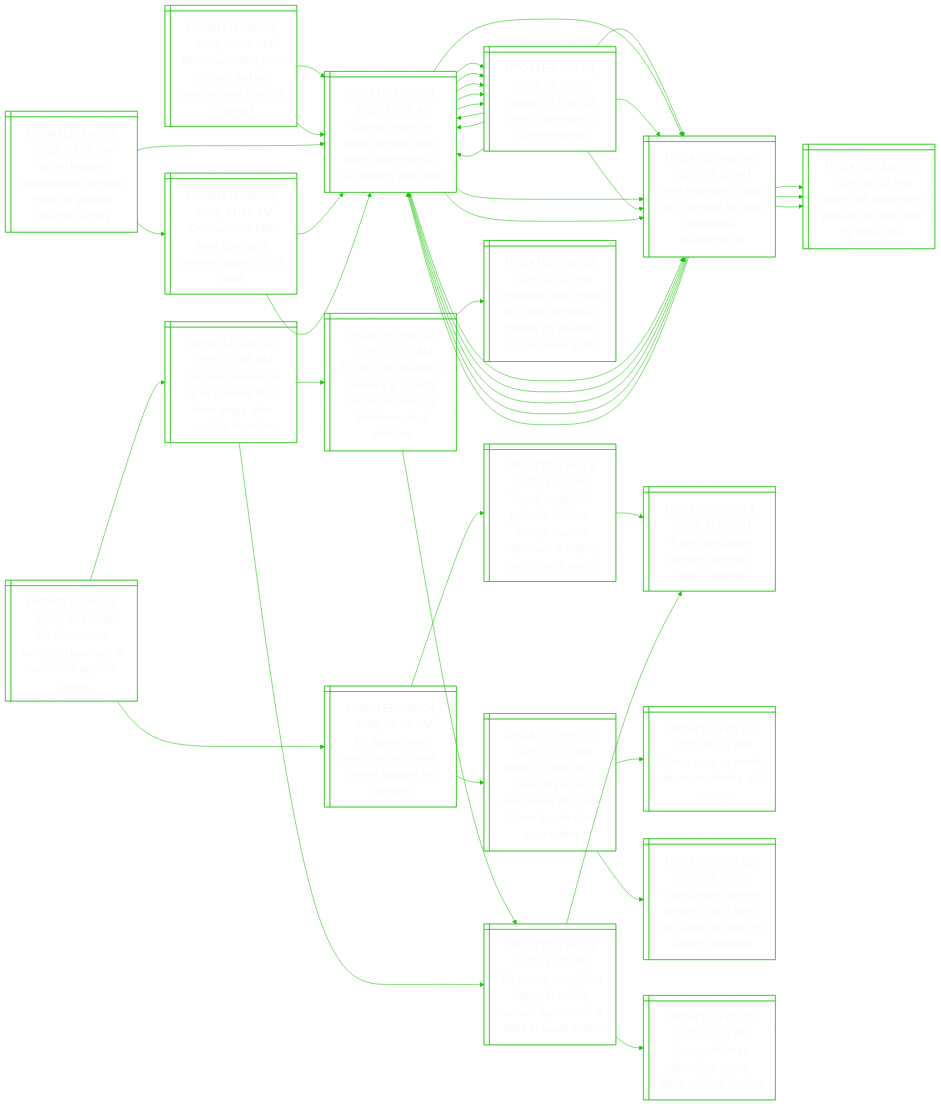
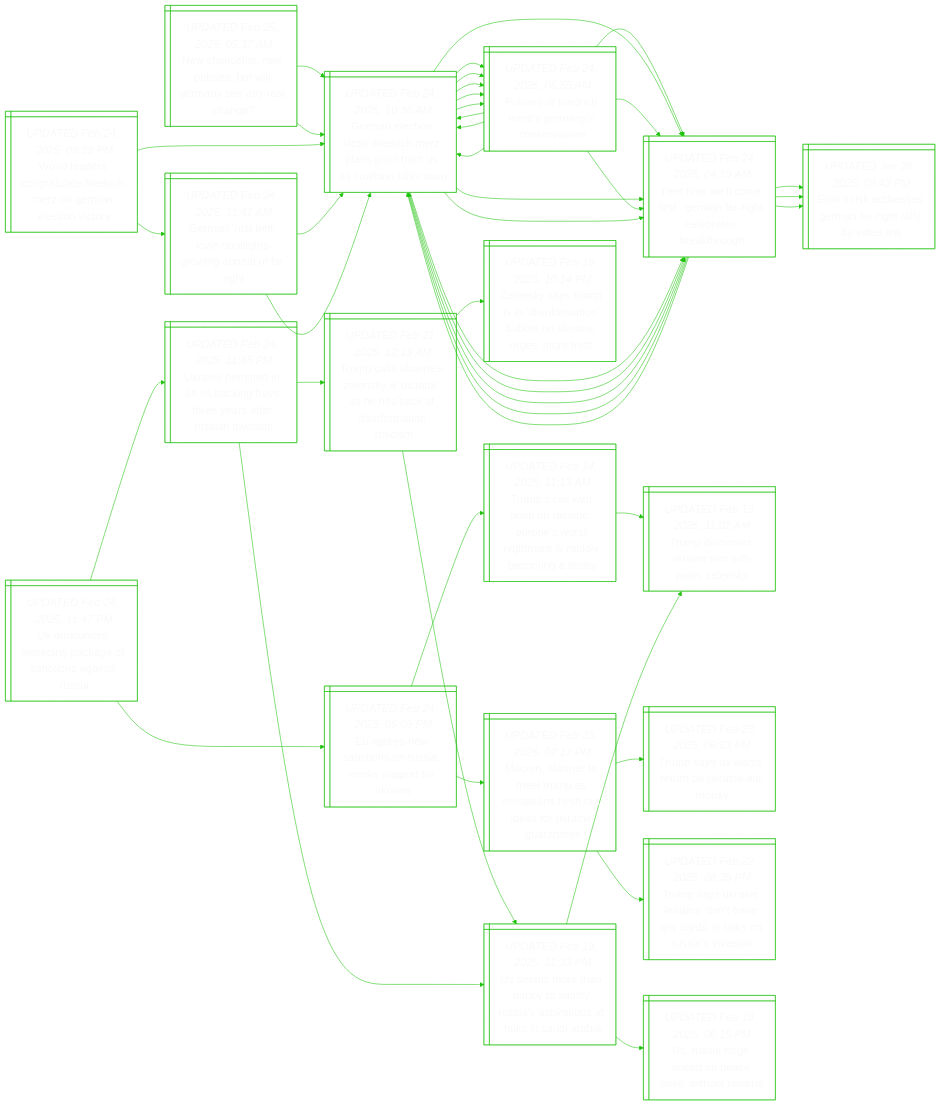
The diagram in README.md (notJmes/notJmes), drawn with Mermaid before and after one commit. The commit also changed other lines of this file, not shown here.

```diff
--- a/README.md
+++ b/README.md
@@ -16,7 +16,7 @@
 flowchart LR
 classDef txtsize font-size:20px;
 
-Nalwculaeea@{ shape: win-pane, label: "_UPDATED Feb 24, 2025, 09:07 PM_
+Nalwculaeea@{ shape: win-pane, label: "_UPDATED Feb 25, 2025, 05:37 AM_
 New chancellor, new policies, but will germany see any real change?" }
 GntiFreavositl@{ shape: win-pane, label: "_UPDATED Feb 24, 2025, 10:36 AM_
 German election victor friedrich merz plans pivot from us as coalition talks loom" }
```
